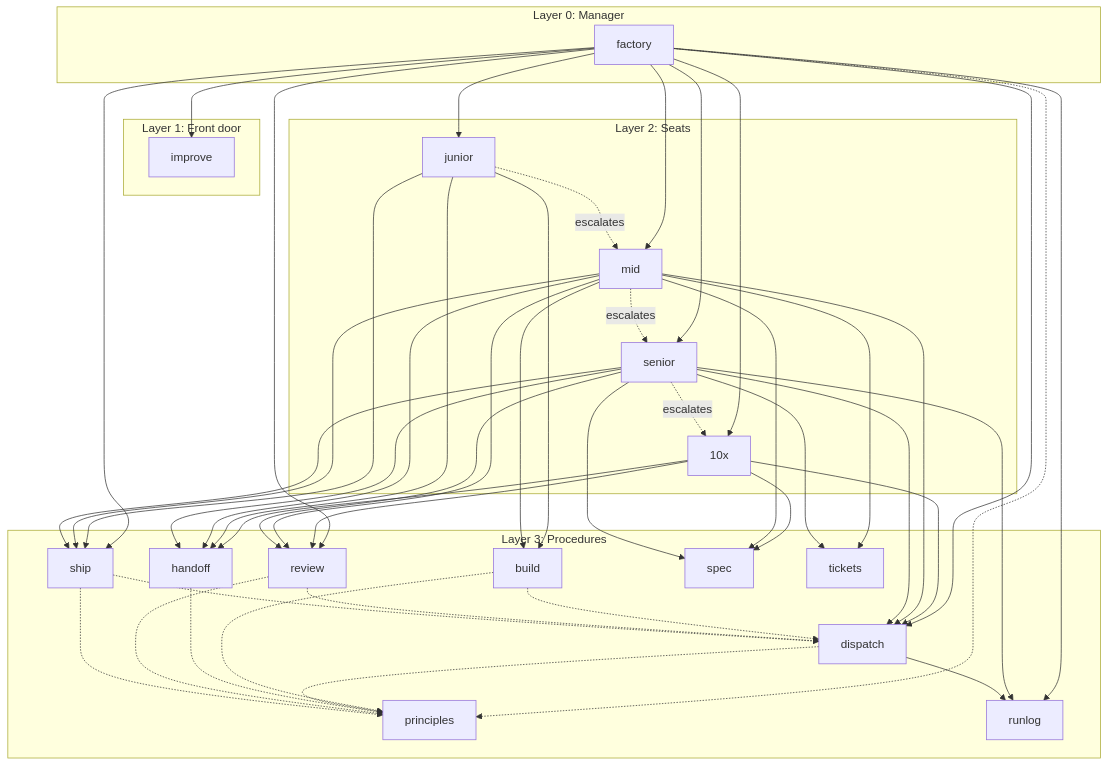
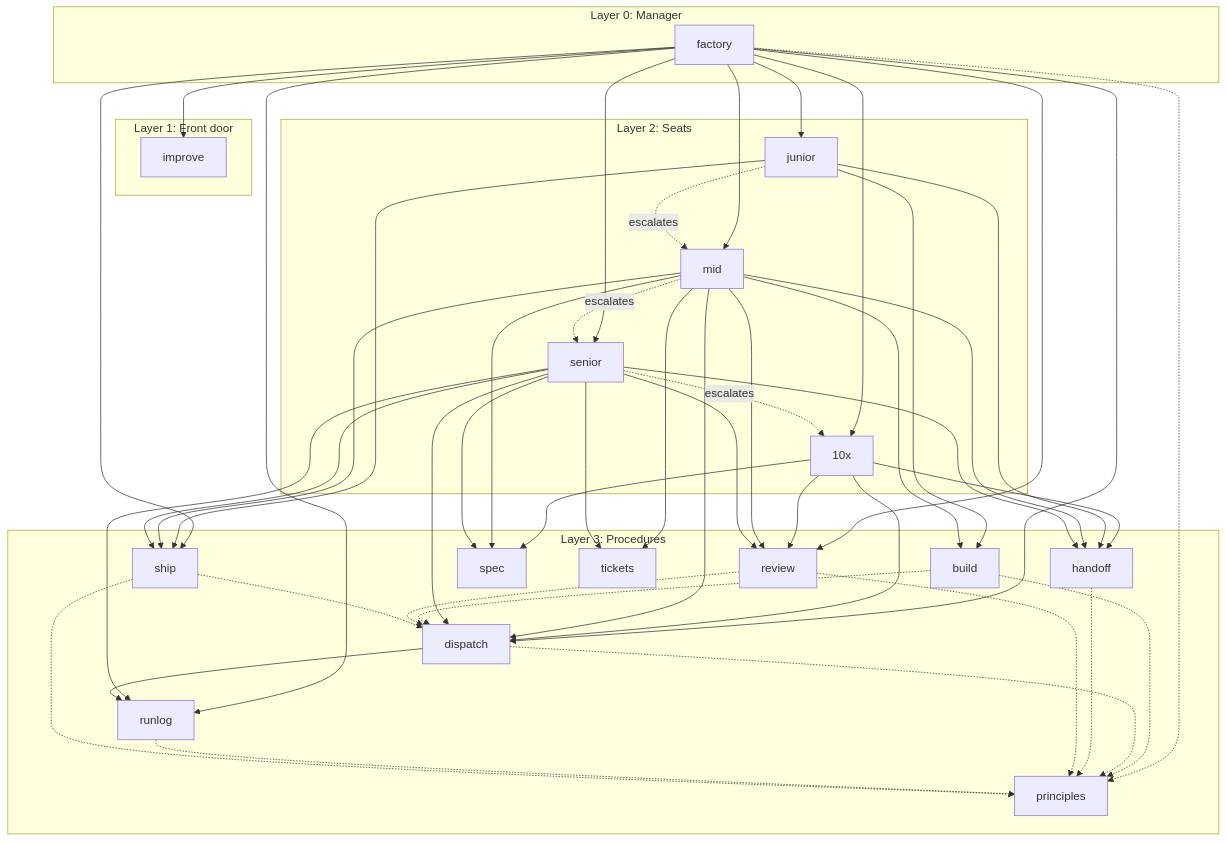
One commit to rishi23root/agent-skills changed the diagram in docs/skill-graph.md. Above: the diagram before and after it, drawn with Mermaid. The commit also changed other lines of this file and 17 other files, not shown here.

````diff
--- a/docs/skill-graph.md
+++ b/docs/skill-graph.md
@@ -7,69 +7,70 @@
 ```mermaid
 flowchart TD
   subgraph L0["Layer 0: Manager"]
     s_factory["factory"]
   end
   subgraph L1["Layer 1: Front door"]
     s_improve["improve"]
   end
   subgraph L2["Layer 2: Seats"]
     s_10x["10x"]
     s_junior["junior"]
     s_mid["mid"]
     s_senior["senior"]
   end
   subgraph L3["Layer 3: Procedures"]
     s_build["build"]
     s_dispatch["dispatch"]
     s_handoff["handoff"]
     s_principles["principles"]
     s_review["review"]
     s_runlog["runlog"]
     s_ship["ship"]
     s_spec["spec"]
     s_tickets["tickets"]
   end
   s_factory --> s_improve
   s_factory --> s_junior
   s_factory --> s_mid
   s_factory --> s_senior
   s_factory --> s_10x
   s_factory --> s_dispatch
   s_factory --> s_review
   s_factory --> s_ship
   s_factory --> s_runlog
   s_10x --> s_spec
   s_10x --> s_dispatch
   s_10x --> s_review
   s_10x --> s_handoff
   s_junior --> s_build
   s_junior --> s_ship
   s_junior --> s_handoff
   s_mid --> s_spec
   s_mid --> s_tickets
   s_mid --> s_build
   s_mid --> s_review
   s_mid --> s_ship
   s_mid --> s_dispatch
   s_mid --> s_handoff
   s_senior --> s_spec
   s_senior --> s_tickets
   s_senior --> s_dispatch
   s_senior --> s_review
   s_senior --> s_ship
   s_senior --> s_handoff
   s_senior --> s_runlog
   s_dispatch --> s_runlog
   s_factory -.-> s_principles
   s_build -.-> s_dispatch
   s_build -.-> s_principles
   s_dispatch -.-> s_principles
   s_handoff -.-> s_principles
   s_review -.-> s_dispatch
   s_review -.-> s_principles
+  s_runlog -.-> s_principles
   s_ship -.-> s_dispatch
   s_ship -.-> s_principles
   s_junior -. escalates .-> s_mid
   s_mid -. escalates .-> s_senior
   s_senior -. escalates .-> s_10x
 ```
````
